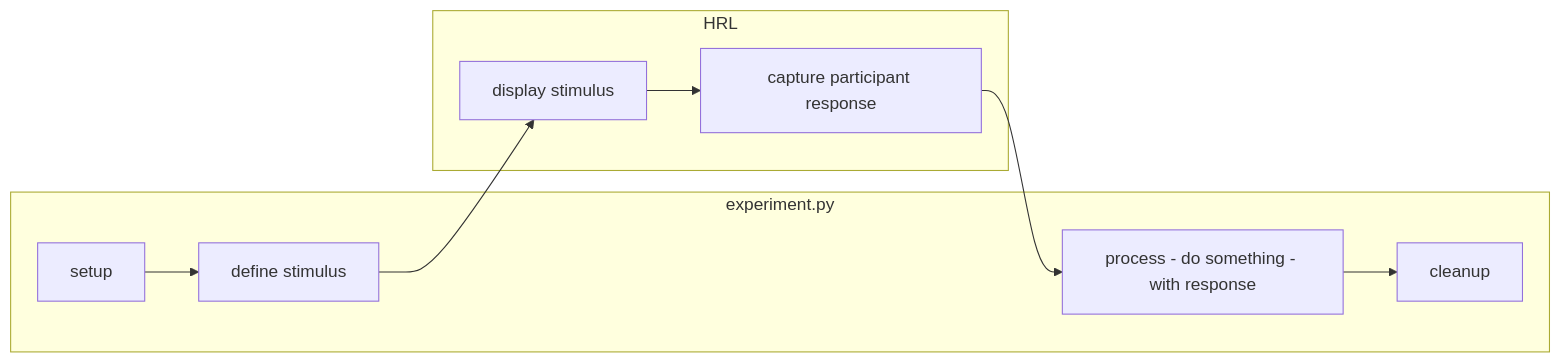
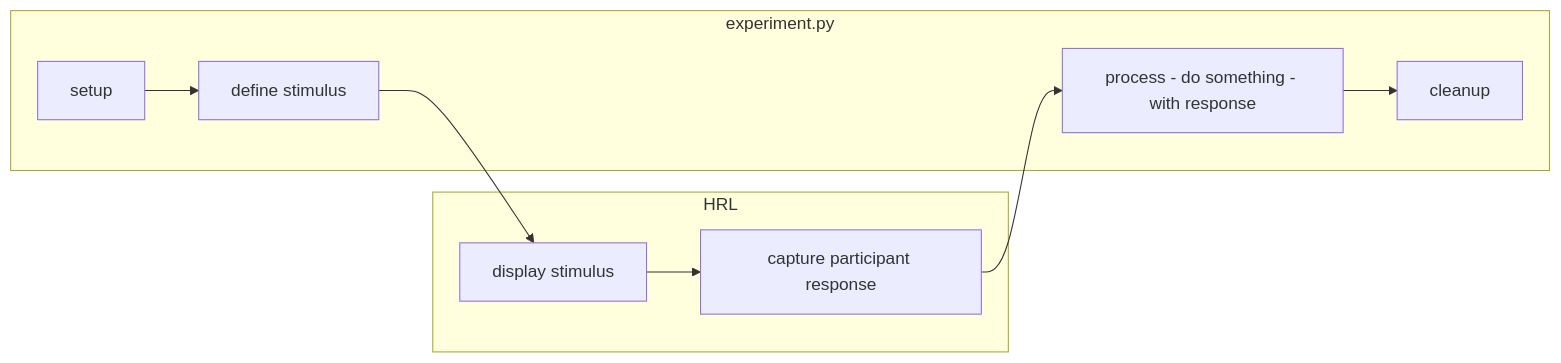
Before and after one commit to computational-psychology/template_experiment: the diagram in 0_basics/basics.md, drawn with Mermaid.

Commit message:
Update graph

````diff
--- a/0_basics/basics.md
+++ b/0_basics/basics.md
@@ -24,17 +24,18 @@
 ```mermaid
 graph LR;
-    setup --> define --> display --> capture --> process --> cleanup
+    setup --> define --> display 
+    display --> capture --> process --> cleanup
+
+    subgraph HRL
+        display[display stimulus]
+        capture[capture participant response]
+    end
 
     subgraph experiment.py
         setup
         define[define stimulus]
 
         process[process - do something - with response]
         cleanup
     end
-
-    subgraph HRL
-        display[display stimulus]
-        capture[capture participant response]
-    end
 ```
````
